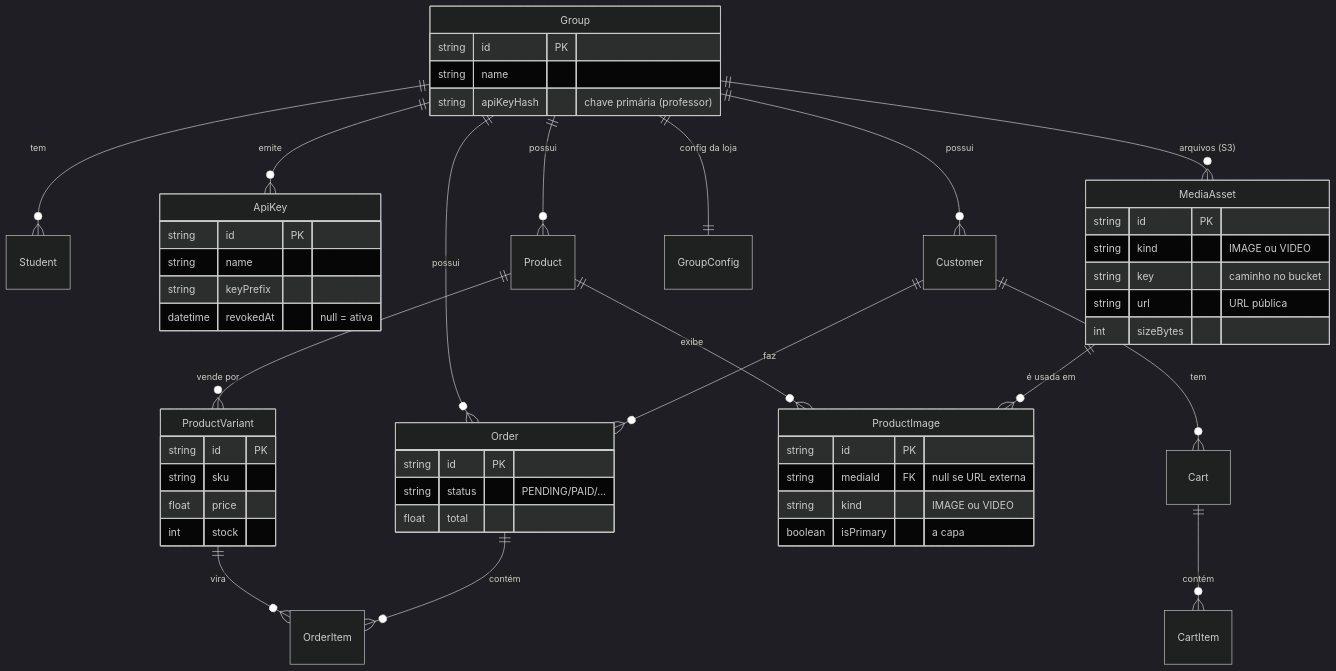
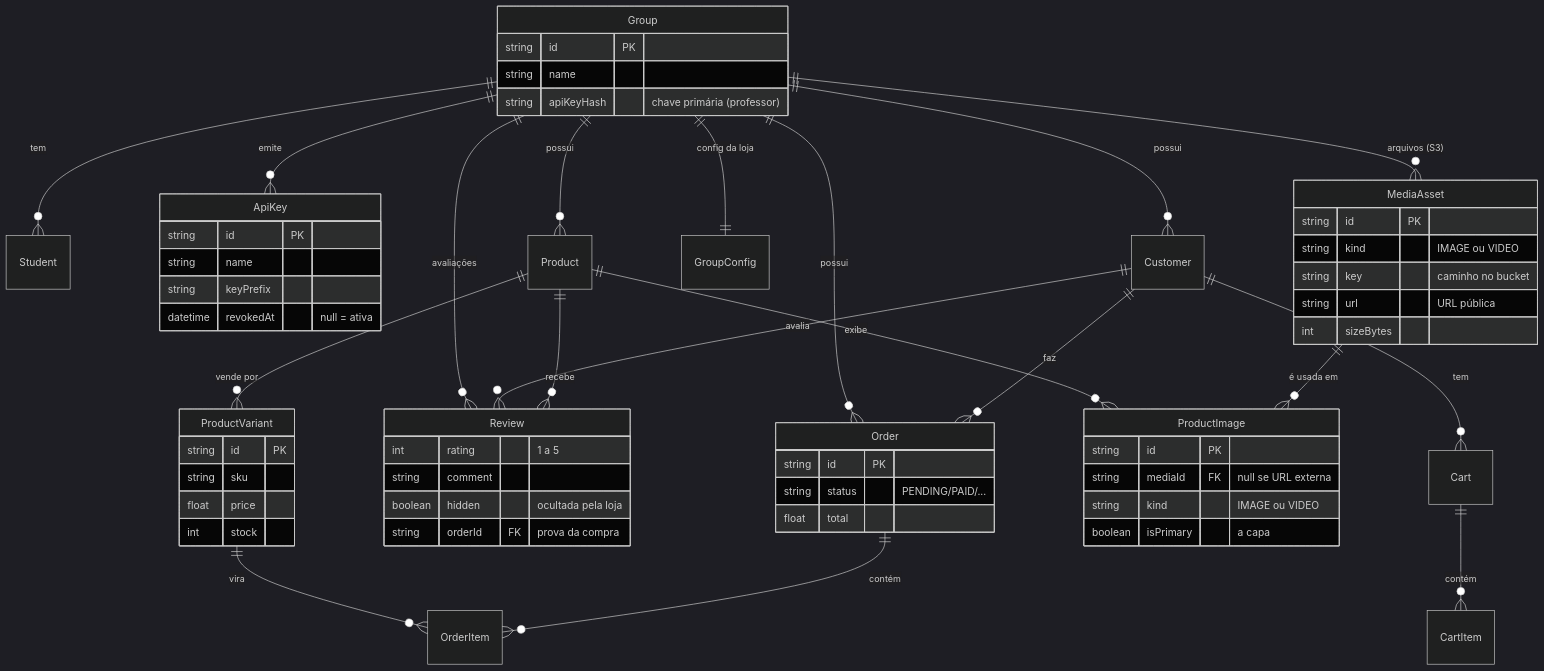
One commit to LucasrsRodrigues/mockmerce-doc changed the diagram in docs/arquitetura/modelo-de-dados.md. Above: the diagram before and after it, drawn with Mermaid (dark theme). The commit also changed other lines of this file and 77 other files, not shown here.

````diff
--- a/docs/arquitetura/modelo-de-dados.md
+++ b/docs/arquitetura/modelo-de-dados.md
@@ -12,56 +12,65 @@
 ```mermaid
 erDiagram
   Group ||--o{ Student : "tem"
   Group ||--o{ ApiKey : "emite"
   Group ||--o{ Product : "possui"
   Group ||--o{ Customer : "possui"
   Group ||--o{ Order : "possui"
   Group ||--|| GroupConfig : "config da loja"
   Group ||--o{ MediaAsset : "arquivos (S3)"
+  Group ||--o{ Review : "avaliações"
 
   Product ||--o{ ProductVariant : "vende por"
   Product ||--o{ ProductImage : "exibe"
   MediaAsset ||--o{ ProductImage : "é usada em"
   ProductVariant ||--o{ OrderItem : "vira"
 
   Customer ||--o{ Order : "faz"
+  Customer ||--o{ Review : "avalia"
+  Product ||--o{ Review : "recebe"
   Customer ||--o{ Cart : "tem"
   Order ||--o{ OrderItem : "contém"
   Cart ||--o{ CartItem : "contém"
 
   Group {
     string id PK
     string name
     string apiKeyHash "chave primária (professor)"
   }
   ApiKey {
     string id PK
     string name
     string keyPrefix
     datetime revokedAt "null = ativa"
   }
   ProductVariant {
     string id PK
     string sku
     float price
     int stock
   }
+  Review {
+    int rating "1 a 5"
+    string comment
+    boolean hidden "ocultada pela loja"
+    string orderId FK "prova da compra"
+  }
   MediaAsset {
     string id PK
     string kind "IMAGE ou VIDEO"
     string key "caminho no bucket"
     string url "URL pública"
     int sizeBytes
   }
   ProductImage {
     string id PK
     string mediaId FK "null se URL externa"
     string kind "IMAGE ou VIDEO"
     boolean isPrimary "a capa"
   }
   Order {
     string id PK
     string status "PENDING/PAID/..."
     float total
   }
 ```
````
